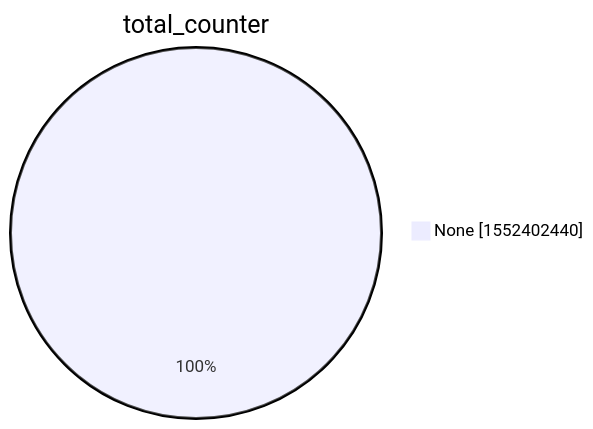
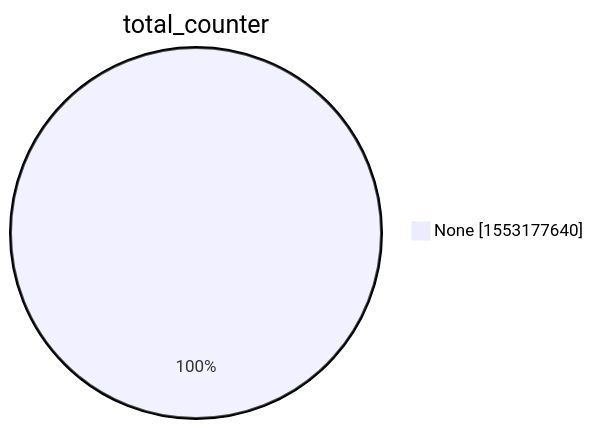
The second of 15 diagrams in xenon2022/README.md (christiankrug/ctmonitor_visualization), drawn with Mermaid before and after one commit. The commit also changed other lines of this file, not shown here.

````diff
--- a/xenon2022/README.md
+++ b/xenon2022/README.md
@@ -9,5 +9,5 @@
 ```mermaid
 pie showData
 title total_counter
-"None" :1552402440
+"None" :1553177640
 ```
````
